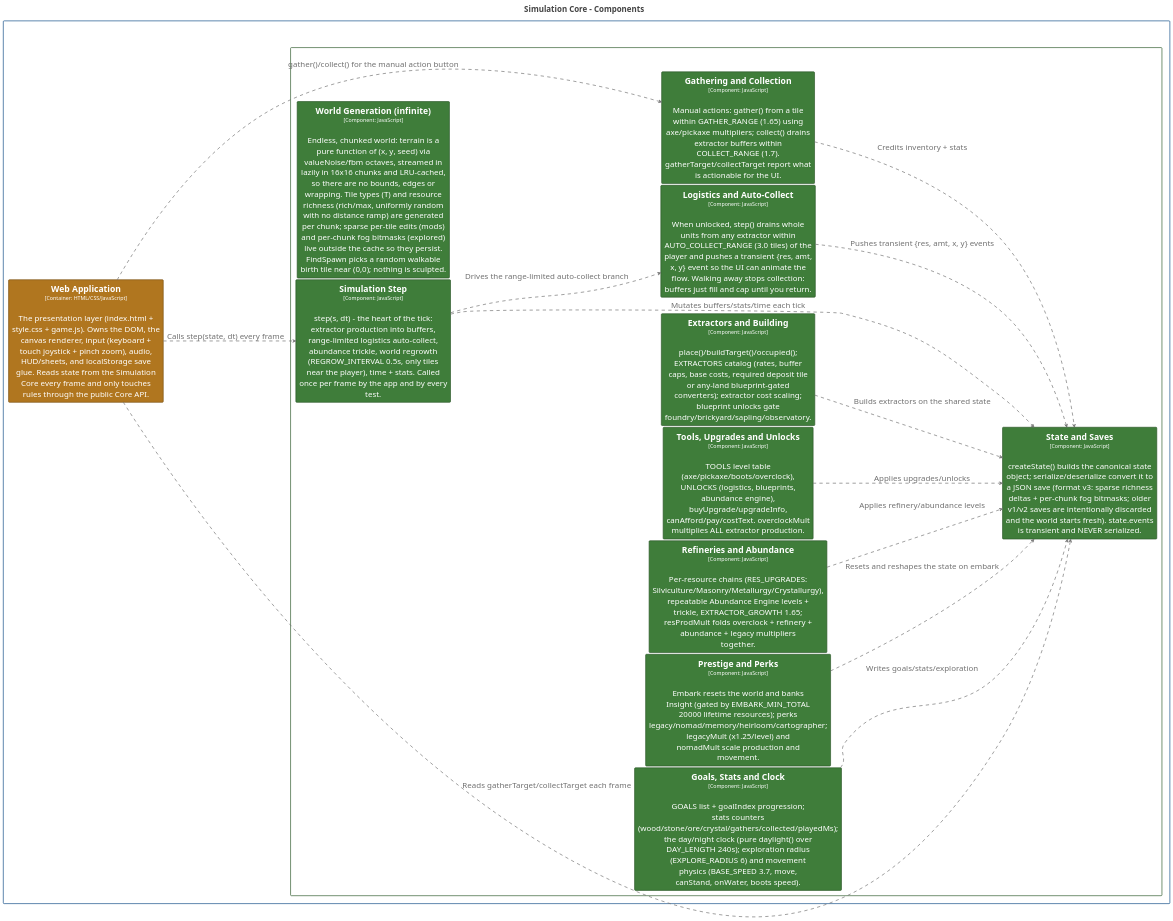
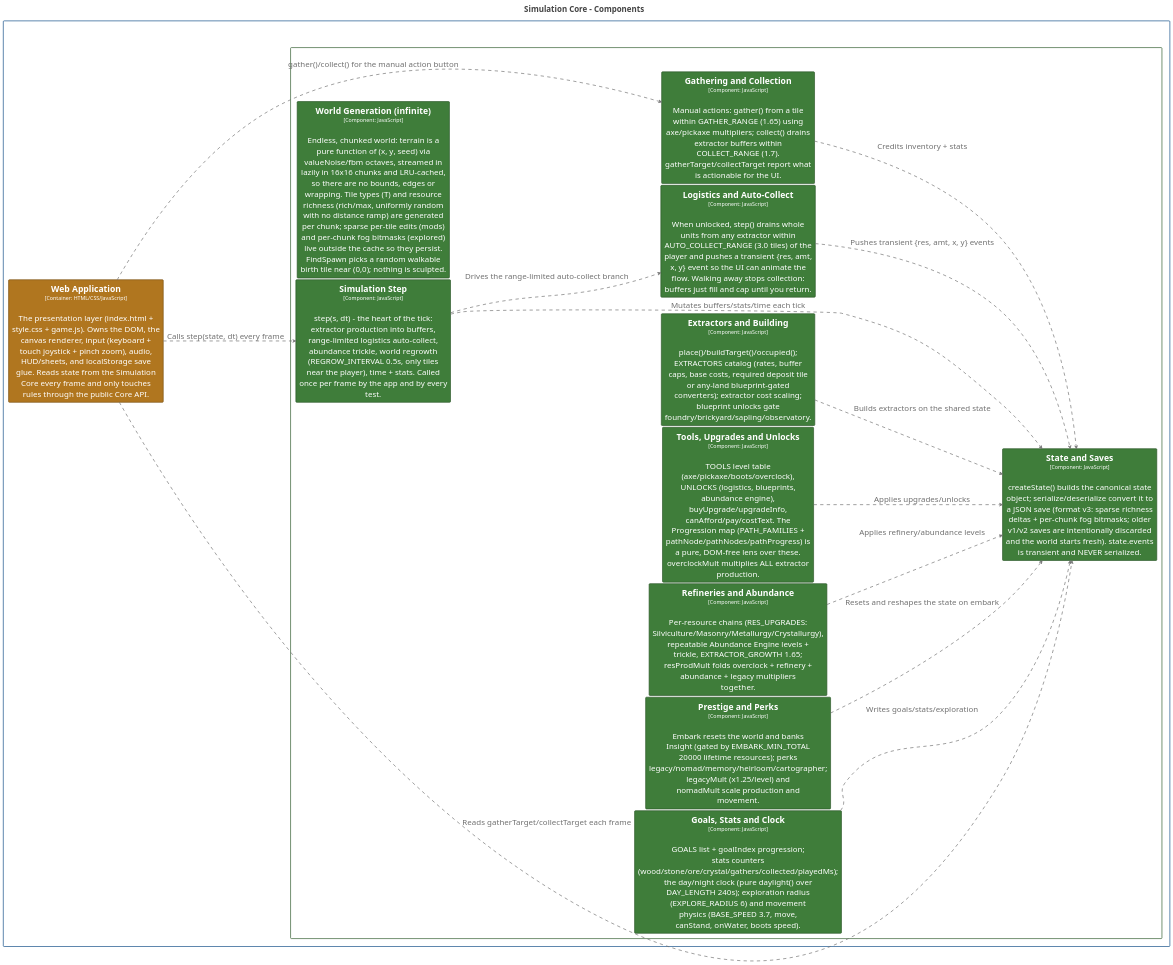
Before and after one commit to bitkojine/more-than-enough: the diagram in structurizr/diagrams/CoreComponents.puml, drawn with PlantUML. The commit also changed 18 other files, not shown here.

First line of the commit message:
v0.12.0: feat — Progression map replaces the flat Upgrades list

```diff
--- a/structurizr/diagrams/CoreComponents.puml
+++ b/structurizr/diagrams/CoreComponents.puml
@@ -2,102 +2,102 @@
 @startuml
 title <size:24>Simulation Core - Components</size>
 
 set separator none
 left to right direction
 skinparam ranksep 20
 skinparam nodesep 5
 hide stereotype
 
 <style>
   root {
     BackgroundColor: #ffffff;
     FontColor: #444444;
   }
   // Element,Component,Core Engine
   .Element-RWxlbWVudCxDb21wb25lbnQsQ29yZSBFbmdpbmU= {
     BackgroundColor: #3f7d3a;
     LineColor: #2c5728;
     LineStyle: 0;
     LineThickness: 2;
     FontColor: #ffffff;
     FontSize: 24;
     HorizontalAlignment: center;
     Shadowing: 0;
     MaximumWidth: 450;
   }
   // Element,Container,Presentation
   .Element-RWxlbWVudCxDb250YWluZXIsUHJlc2VudGF0aW9u {
     BackgroundColor: #b0761f;
     LineColor: #7b5215;
     LineStyle: 0;
     LineThickness: 2;
     FontColor: #ffffff;
     FontSize: 24;
     HorizontalAlignment: center;
     Shadowing: 0;
     MaximumWidth: 450;
   }
   // Relationship
   .Relationship-UmVsYXRpb25zaGlw {
     LineThickness: 2;
     LineStyle: 10-10;
     LineColor: #707070;
     FontColor: #707070;
     FontSize: 24;
     MaximumWidth: 200;
   }
   // MORE THAN ENOUGH
   .Boundary-TU9SRSBUSEFOIEVOT1VHSA== {
     BackgroundColor: #ffffff;
     LineColor: #0b4884;
     LineStyle: 0;
     LineThickness: 2;
     FontColor: #ffffff;
     FontSize: 24;
     HorizontalAlignment: center;
     Shadowing: 0;
   }
   // Simulation Core
   .Boundary-U2ltdWxhdGlvbiBDb3Jl {
     BackgroundColor: #ffffff;
     LineColor: #2c5728;
     LineStyle: 0;
     LineThickness: 2;
     FontColor: #ffffff;
     FontSize: 24;
     HorizontalAlignment: center;
     Shadowing: 0;
   }
 </style>
 
 rectangle "MORE THAN ENOUGH\n<size:16>[Software System]</size>" <<Boundary-TU9SRSBUSEFOIEVOT1VHSA==>> {
   rectangle "Simulation Core\n<size:16>[Container: JavaScript (ES5, browser + Node)]</size>" <<Boundary-U2ltdWxhdGlvbiBDb3Jl>> {
     rectangle "==World Generation (infinite)\n<size:16>[Component: JavaScript]</size>\n\nEndless, chunked world: terrain is a pure function of (x, y, seed) via valueNoise/fbm octaves, streamed in lazily in 16x16 chunks and LRU-cached, so there are no bounds, edges or wrapping. Tile types (T) and resource richness (rich/max, uniformly random with no distance ramp) are generated per chunk; sparse per-tile edits (mods) and per-chunk fog bitmasks (explored) live outside the cache so they persist. FindSpawn picks a random walkable birth tile near (0,0); nothing is sculpted." <<Element-RWxlbWVudCxDb21wb25lbnQsQ29yZSBFbmdpbmU=>> as MORETHANENOUGH.SimulationCore.WorldGenerationinfinite
     rectangle "==State and Saves\n<size:16>[Component: JavaScript]</size>\n\ncreateState() builds the canonical state object; serialize/deserialize convert it to a JSON save (format v3: sparse richness deltas + per-chunk fog bitmasks; older v1/v2 saves are intentionally discarded and the world starts fresh). state.events is transient and NEVER serialized." <<Element-RWxlbWVudCxDb21wb25lbnQsQ29yZSBFbmdpbmU=>> as MORETHANENOUGH.SimulationCore.StateandSaves
     rectangle "==Simulation Step\n<size:16>[Component: JavaScript]</size>\n\nstep(s, dt) - the heart of the tick: extractor production into buffers, range-limited logistics auto-collect, abundance trickle, world regrowth (REGROW_INTERVAL 0.5s, only tiles near the player), time + stats. Called once per frame by the app and by every test." <<Element-RWxlbWVudCxDb21wb25lbnQsQ29yZSBFbmdpbmU=>> as MORETHANENOUGH.SimulationCore.SimulationStep
     rectangle "==Gathering and Collection\n<size:16>[Component: JavaScript]</size>\n\nManual actions: gather() from a tile within GATHER_RANGE (1.65) using axe/pickaxe multipliers; collect() drains extractor buffers within COLLECT_RANGE (1.7). gatherTarget/collectTarget report what is actionable for the UI." <<Element-RWxlbWVudCxDb21wb25lbnQsQ29yZSBFbmdpbmU=>> as MORETHANENOUGH.SimulationCore.GatheringandCollection
     rectangle "==Extractors and Building\n<size:16>[Component: JavaScript]</size>\n\nplace()/buildTarget()/occupied(); EXTRACTORS catalog (rates, buffer caps, base costs, required deposit tile or any-land blueprint-gated converters); extractor cost scaling; blueprint unlocks gate foundry/brickyard/sapling/observatory." <<Element-RWxlbWVudCxDb21wb25lbnQsQ29yZSBFbmdpbmU=>> as MORETHANENOUGH.SimulationCore.ExtractorsandBuilding
     rectangle "==Logistics and Auto-Collect\n<size:16>[Component: JavaScript]</size>\n\nWhen unlocked, step() drains whole units from any extractor within AUTO_COLLECT_RANGE (3.0 tiles) of the player and pushes a transient {res, amt, x, y} event so the UI can animate the flow. Walking away stops collection: buffers just fill and cap until you return." <<Element-RWxlbWVudCxDb21wb25lbnQsQ29yZSBFbmdpbmU=>> as MORETHANENOUGH.SimulationCore.LogisticsandAutoCollect
-    rectangle "==Tools, Upgrades and Unlocks\n<size:16>[Component: JavaScript]</size>\n\nTOOLS level table (axe/pickaxe/boots/overclock), UNLOCKS (logistics, blueprints, abundance engine), buyUpgrade/upgradeInfo, canAfford/pay/costText. overclockMult multiplies ALL extractor production." <<Element-RWxlbWVudCxDb21wb25lbnQsQ29yZSBFbmdpbmU=>> as MORETHANENOUGH.SimulationCore.ToolsUpgradesandUnlocks
+    rectangle "==Tools, Upgrades and Unlocks\n<size:16>[Component: JavaScript]</size>\n\nTOOLS level table (axe/pickaxe/boots/overclock), UNLOCKS (logistics, blueprints, abundance engine), buyUpgrade/upgradeInfo, canAfford/pay/costText. The Progression map (PATH_FAMILIES + pathNode/pathNodes/pathProgress) is a pure, DOM-free lens over these. overclockMult multiplies ALL extractor production." <<Element-RWxlbWVudCxDb21wb25lbnQsQ29yZSBFbmdpbmU=>> as MORETHANENOUGH.SimulationCore.ToolsUpgradesandUnlocks
     rectangle "==Refineries and Abundance\n<size:16>[Component: JavaScript]</size>\n\nPer-resource chains (RES_UPGRADES: Silviculture/Masonry/Metallurgy/Crystallurgy), repeatable Abundance Engine levels + trickle, EXTRACTOR_GROWTH 1.65; resProdMult folds overclock + refinery + abundance + legacy multipliers together." <<Element-RWxlbWVudCxDb21wb25lbnQsQ29yZSBFbmdpbmU=>> as MORETHANENOUGH.SimulationCore.RefineriesandAbundance
     rectangle "==Prestige and Perks\n<size:16>[Component: JavaScript]</size>\n\nEmbark resets the world and banks Insight (gated by EMBARK_MIN_TOTAL 20000 lifetime resources); perks legacy/nomad/memory/heirloom/cartographer; legacyMult (x1.25/level) and nomadMult scale production and movement." <<Element-RWxlbWVudCxDb21wb25lbnQsQ29yZSBFbmdpbmU=>> as MORETHANENOUGH.SimulationCore.PrestigeandPerks
     rectangle "==Goals, Stats and Clock\n<size:16>[Component: JavaScript]</size>\n\nGOALS list + goalIndex progression; stats counters (wood/stone/ore/crystal/gathers/collected/playedMs); the day/night clock (pure daylight() over DAY_LENGTH 240s); exploration radius (EXPLORE_RADIUS 6) and movement physics (BASE_SPEED 3.7, move, canStand, onWater, boots speed)." <<Element-RWxlbWVudCxDb21wb25lbnQsQ29yZSBFbmdpbmU=>> as MORETHANENOUGH.SimulationCore.GoalsStatsandClock
   }
 
   rectangle "==Web Application\n<size:16>[Container: HTML/CSS/JavaScript]</size>\n\nThe presentation layer (index.html + style.css + game.js). Owns the DOM, the canvas renderer, input (keyboard + touch joystick + pinch zoom), audio, HUD/sheets, and localStorage save glue. Reads state from the Simulation Core every frame and only touches rules through the public Core API." <<Element-RWxlbWVudCxDb250YWluZXIsUHJlc2VudGF0aW9u>> as MORETHANENOUGH.WebApplication
 }
 
 MORETHANENOUGH.WebApplication --> MORETHANENOUGH.SimulationCore.StateandSaves <<Relationship-UmVsYXRpb25zaGlw>> : "Reads gatherTarget/collectTarget each frame"
 MORETHANENOUGH.WebApplication --> MORETHANENOUGH.SimulationCore.SimulationStep <<Relationship-UmVsYXRpb25zaGlw>> : "Calls step(state, dt) every frame"
 MORETHANENOUGH.WebApplication --> MORETHANENOUGH.SimulationCore.GatheringandCollection <<Relationship-UmVsYXRpb25zaGlw>> : "gather()/collect() for the manual action button"
 MORETHANENOUGH.SimulationCore.SimulationStep --> MORETHANENOUGH.SimulationCore.LogisticsandAutoCollect <<Relationship-UmVsYXRpb25zaGlw>> : "Drives the range-limited auto-collect branch"
 MORETHANENOUGH.SimulationCore.SimulationStep --> MORETHANENOUGH.SimulationCore.StateandSaves <<Relationship-UmVsYXRpb25zaGlw>> : "Mutates buffers/stats/time each tick"
 MORETHANENOUGH.SimulationCore.LogisticsandAutoCollect --> MORETHANENOUGH.SimulationCore.StateandSaves <<Relationship-UmVsYXRpb25zaGlw>> : "Pushes transient {res, amt, x, y} events"
 MORETHANENOUGH.SimulationCore.GatheringandCollection --> MORETHANENOUGH.SimulationCore.StateandSaves <<Relationship-UmVsYXRpb25zaGlw>> : "Credits inventory + stats"
 MORETHANENOUGH.SimulationCore.ExtractorsandBuilding --> MORETHANENOUGH.SimulationCore.StateandSaves <<Relationship-UmVsYXRpb25zaGlw>> : "Builds extractors on the shared state"
 MORETHANENOUGH.SimulationCore.ToolsUpgradesandUnlocks --> MORETHANENOUGH.SimulationCore.StateandSaves <<Relationship-UmVsYXRpb25zaGlw>> : "Applies upgrades/unlocks"
 MORETHANENOUGH.SimulationCore.RefineriesandAbundance --> MORETHANENOUGH.SimulationCore.StateandSaves <<Relationship-UmVsYXRpb25zaGlw>> : "Applies refinery/abundance levels"
 MORETHANENOUGH.SimulationCore.PrestigeandPerks --> MORETHANENOUGH.SimulationCore.StateandSaves <<Relationship-UmVsYXRpb25zaGlw>> : "Resets and reshapes the state on embark"
 MORETHANENOUGH.SimulationCore.GoalsStatsandClock --> MORETHANENOUGH.SimulationCore.StateandSaves <<Relationship-UmVsYXRpb25zaGlw>> : "Writes goals/stats/exploration"
 
 @enduml
```
